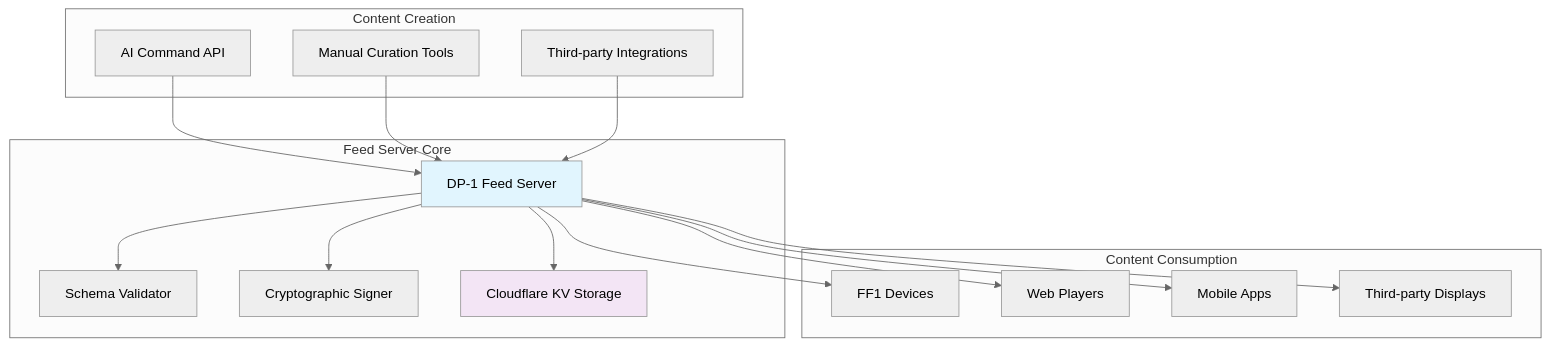
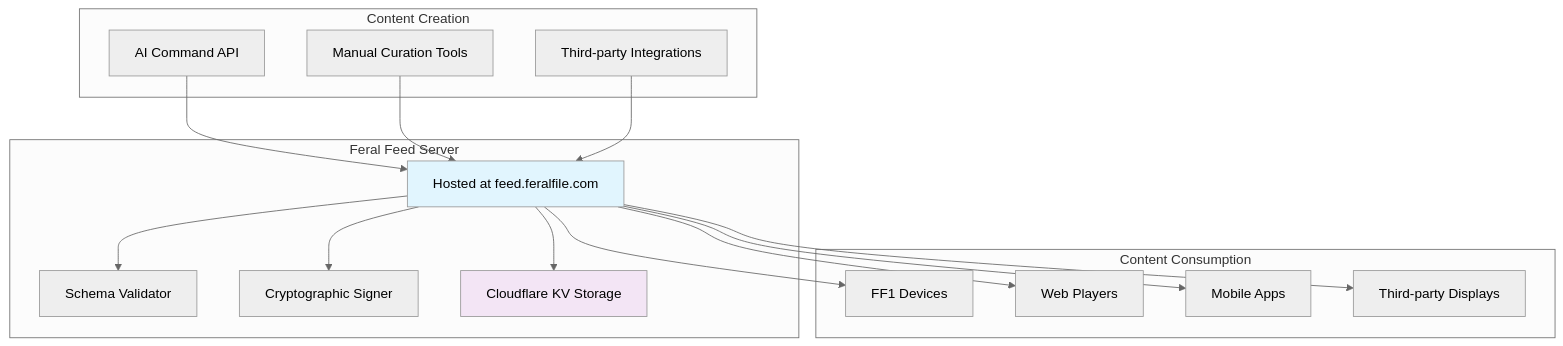
One commit to feral-file/docs changed the first of 2 diagrams in docs/dp1-protocol/feed-server.md. Above: the diagram before and after it, drawn with Mermaid (neutral theme). The commit also changed other lines of this file and 6 other files, not shown here.

````diff
--- a/docs/dp1-protocol/feed-server.md
+++ b/docs/dp1-protocol/feed-server.md
@@ -27,36 +22,36 @@
 ```mermaid
 graph TB
     subgraph "Content Creation"
         A[AI Command API]
         B[Manual Curation Tools]
         C[Third-party Integrations]
     end
     
-    subgraph "Feed Server Core"
-        D[DP-1 Feed Server]
+    subgraph "Feral Feed Server"
+        D[Hosted at feed.feralfile.com]
         E[Schema Validator]
         F[Cryptographic Signer]
         G[Cloudflare KV Storage]
     end
     
     subgraph "Content Consumption"
         H[FF1 Devices]
         I[Web Players]
         J[Mobile Apps]
         K[Third-party Displays]
     end
     
     A --> D
     B --> D
     C --> D
     D --> E
     D --> F
     D --> G
     D --> H
     D --> I
     D --> J
     D --> K
     
     style D fill:#e1f5fe
     style G fill:#f3e5f5
 ```
````
